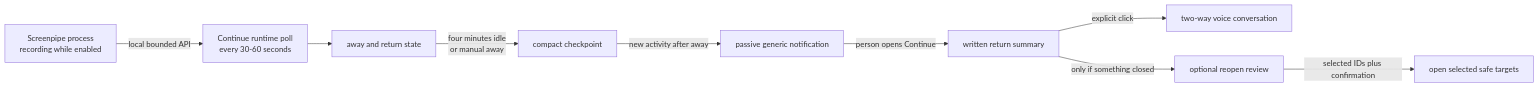
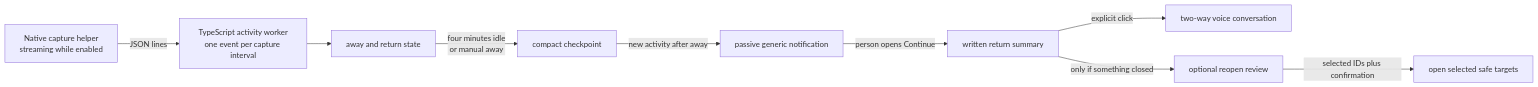
Before and after one commit to Johnnti/continue.ai: the first of 2 diagrams in docs/PRODUCT_DECISIONS.md, drawn with Mermaid. The commit also changed other lines of this file and 2 other files, not shown here.

First line of the commit message:
docs(runtime): document live worker bridge and verification

````diff
--- a/docs/PRODUCT_DECISIONS.md
+++ b/docs/PRODUCT_DECISIONS.md
@@ -58,11 +60,11 @@
 ```mermaid
 flowchart LR
-    SP[Screenpipe process\nrecording while enabled] -->|local bounded API| POLL[Continue runtime poll\nevery 30-60 seconds]
+    SP[Native capture helper\nstreaming while enabled] -->|JSON lines| POLL[TypeScript activity worker\none event per capture interval]
     POLL --> STATE[away and return state]
     STATE -->|four minutes idle\nor manual away| CP[compact checkpoint]
     CP -->|new activity after away| NOTIFY[passive generic notification]
     NOTIFY -->|person opens Continue| UI[written return summary]
     UI -->|explicit click| VOICE[two-way voice conversation]
     UI -->|only if something closed| REVIEW[optional reopen review]
     REVIEW -->|selected IDs plus confirmation| OPEN[open selected safe targets]
 ```
````
